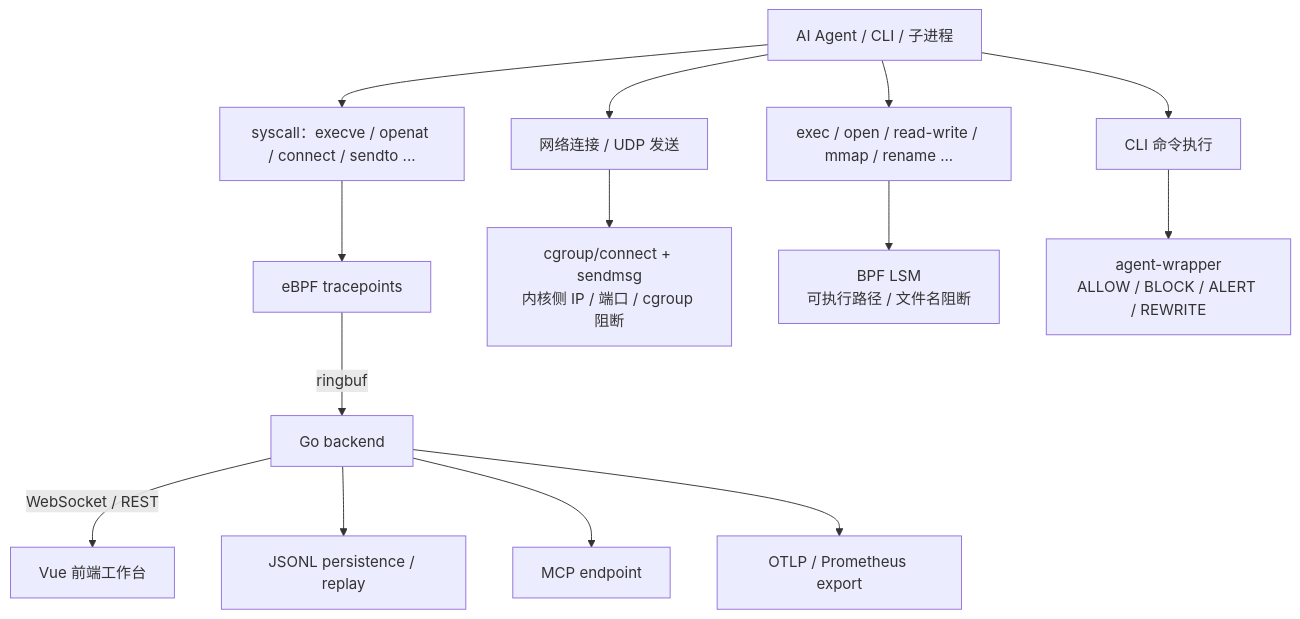
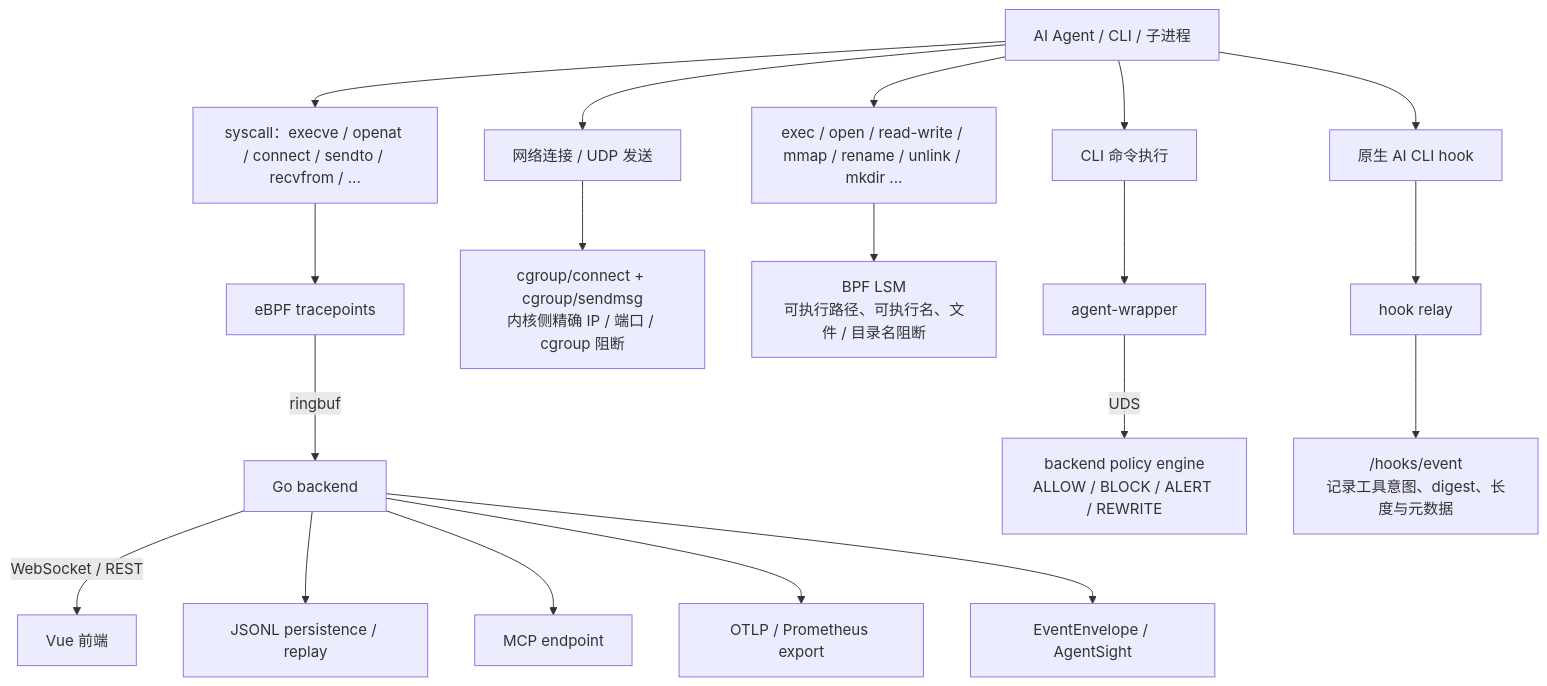
Before and after one commit to stevessr/agent-ebpf-filter: the first of 3 diagrams in docs/delivery/competition-defense.md, drawn with Mermaid. The commit also changed other lines of this file and 53 other files, not shown here.

````diff
--- a/docs/delivery/competition-defense.md
+++ b/docs/delivery/competition-defense.md
@@ -30,20 +51,26 @@
 ```mermaid
 flowchart TD
     Agent["AI Agent / CLI / 子进程"]
-    Agent --> Syscall["syscall：execve / openat / connect / sendto ..."]
+    Agent --> Syscall["syscall：execve / openat / connect / sendto / recvfrom / ..."]
     Syscall --> Tracepoints["eBPF tracepoints"]
     Tracepoints -->|"ringbuf"| Backend["Go backend"]
-    Backend -->|"WebSocket / REST"| Frontend["Vue 前端工作台"]
+    Backend -->|"WebSocket / REST"| Frontend["Vue 前端"]
     Backend --> JSONL["JSONL persistence / replay"]
     Backend --> MCP["MCP endpoint"]
     Backend --> OTLP["OTLP / Prometheus export"]
+    Backend --> AgentSight["EventEnvelope / AgentSight"]
 
     Agent --> Network["网络连接 / UDP 发送"]
-    Network --> Cgroup["cgroup/connect + sendmsg<br/>内核侧 IP / 端口 / cgroup 阻断"]
+    Network --> Cgroup["cgroup/connect + cgroup/sendmsg<br/>内核侧精确 IP / 端口 / cgroup 阻断"]
 
-    Agent --> FileOps["exec / open / read-write / mmap / rename ..."]
-    FileOps --> LSM["BPF LSM<br/>可执行路径 / 文件名阻断"]
+    Agent --> FileOps["exec / open / read-write / mmap / rename / unlink / mkdir ..."]
+    FileOps --> LSM["BPF LSM<br/>可执行路径、可执行名、文件 / 目录名阻断"]
 
     Agent --> CLI["CLI 命令执行"]
-    CLI --> Wrapper["agent-wrapper<br/>ALLOW / BLOCK / ALERT / REWRITE"]
+    CLI --> Wrapper["agent-wrapper"]
+    Wrapper -->|"UDS"| Policy["backend policy engine<br/>ALLOW / BLOCK / ALERT / REWRITE"]
+
+    Agent --> Hooks["原生 AI CLI hook"]
+    Hooks --> Relay["hook relay"]
+    Relay --> HookEvent["/hooks/event<br/>记录工具意图、digest、长度与元数据"]
 ```
````
